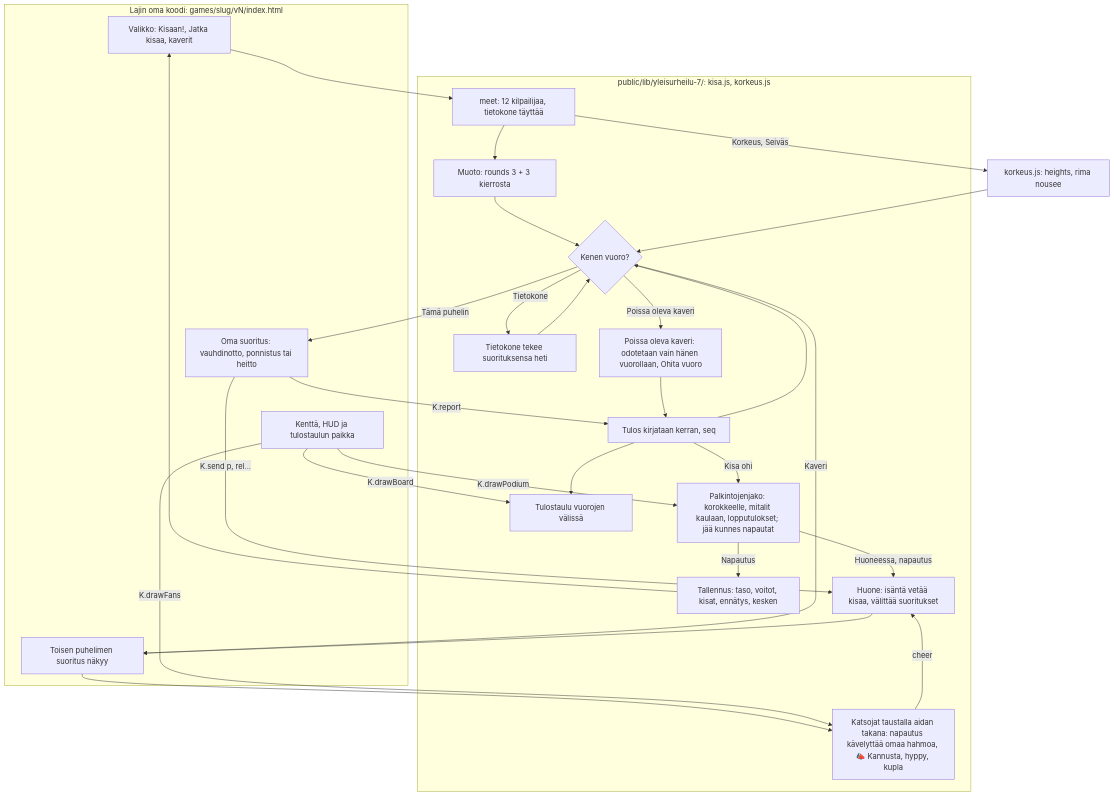
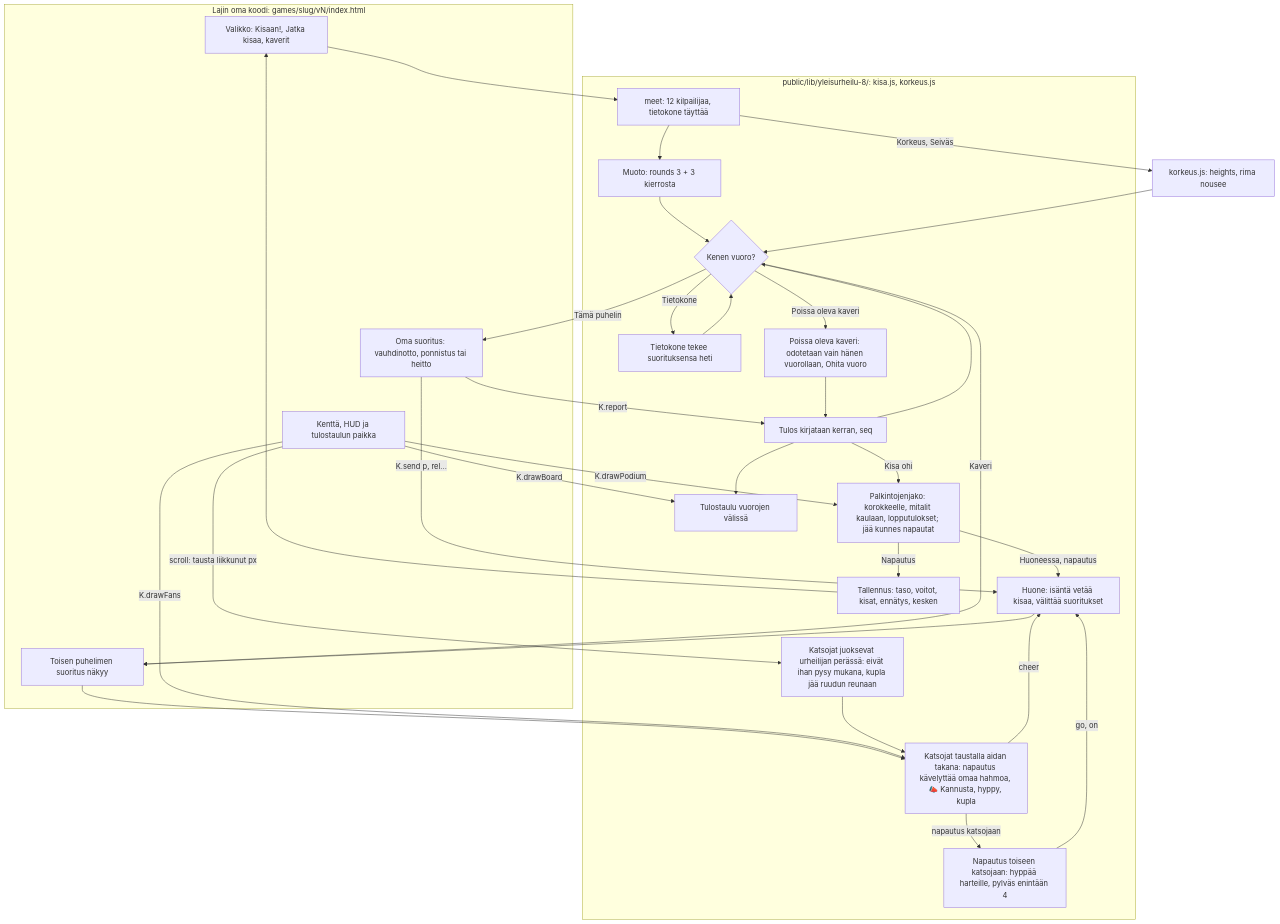
One commit to eerovil/ai-pelit changed the diagram in docs/diagrams/yleisurheilu-kirjasto.md. Above: the diagram before and after it, drawn with Mermaid. The commit also changed other lines of this file and 32 other files, not shown here.

````diff
--- a/docs/diagrams/yleisurheilu-kirjasto.md
+++ b/docs/diagrams/yleisurheilu-kirjasto.md
@@ -23,46 +26,52 @@
 ```mermaid
 flowchart TD
   subgraph Peli[Lajin oma koodi: games/slug/vN/index.html]
     G1[Valikko: Kisaan!, Jatka kisaa, kaverit]
     G2[Oma suoritus: vauhdinotto, ponnistus tai heitto]
     G3[Toisen puhelimen suoritus näkyy]
     G4[Kenttä, HUD ja tulostaulun paikka]
   end
-  subgraph Kirjasto[public/lib/yleisurheilu-7/: kisa.js, korkeus.js]
+  subgraph Kirjasto[public/lib/yleisurheilu-8/: kisa.js, korkeus.js]
     K1[meet: 12 kilpailijaa, tietokone täyttää]
     K2[Muoto: rounds 3 + 3 kierrosta]
     K3{Kenen vuoro?}
     K4[Tietokone tekee suorituksensa heti]
     K5[Tulos kirjataan kerran, seq]
     K6[Tulostaulu vuorojen välissä]
     K9[Palkintojenjako: korokkeelle, mitalit kaulaan, lopputulokset; jää kunnes napautat]
     K7[Tallennus: taso, voitot, kisat, ennätys, kesken]
     K8[Huone: isäntä vetää kisaa, välittää suoritukset]
     K10[Katsojat taustalla aidan takana: napautus kävelyttää omaa hahmoa, 📣 Kannusta, hyppy, kupla]
+    K13[Napautus toiseen katsojaan: hyppää harteille, pylväs enintään 4]
+    K12[Katsojat juoksevat urheilijan perässä: eivät ihan pysy mukana, kupla jää ruudun reunaan]
     K11[Poissa oleva kaveri: odotetaan vain hänen vuorollaan, Ohita vuoro]
   end
   G1 --> K1 --> K2 --> K3
   K1 -- Korkeus, Seiväs --> H1[korkeus.js: heights, rima nousee]
   H1 --> K3
   K3 -- Tietokone --> K4 --> K3
   K3 -- Poissa oleva kaveri --> K11 --> K5
   K3 -- Tämä puhelin --> G2
   K3 -- Kaveri --> G3
   G3 --> K10
   G4 -- K.drawFans --> K10
+  G4 -- scroll: tausta liikkunut px --> K12
+  K12 --> K10
+  K10 -- napautus katsojaan --> K13
+  K13 -- go, on --> K8
   K10 -- cheer --> K8
   G2 -- K.report --> K5
   G2 -- K.send p, rel... --> K8 --> G3
   K5 --> K3
   K5 --> K6
   K5 -- Kisa ohi --> K9
   K9 -- Napautus --> K7 --> G1
   K9 -- Huoneessa, napautus --> K8
   G4 -- K.drawBoard --> K6
   G4 -- K.drawPodium --> K9
   class G1,G2,G4 blue
-  class G3,K8,K10,K11 violet
+  class G3,K8,K10,K11,K12,K13 violet
   class K3 amber
   class K1,K2,K4,K5,H1 teal
   class K6,K7,K9 green
 ```
````
